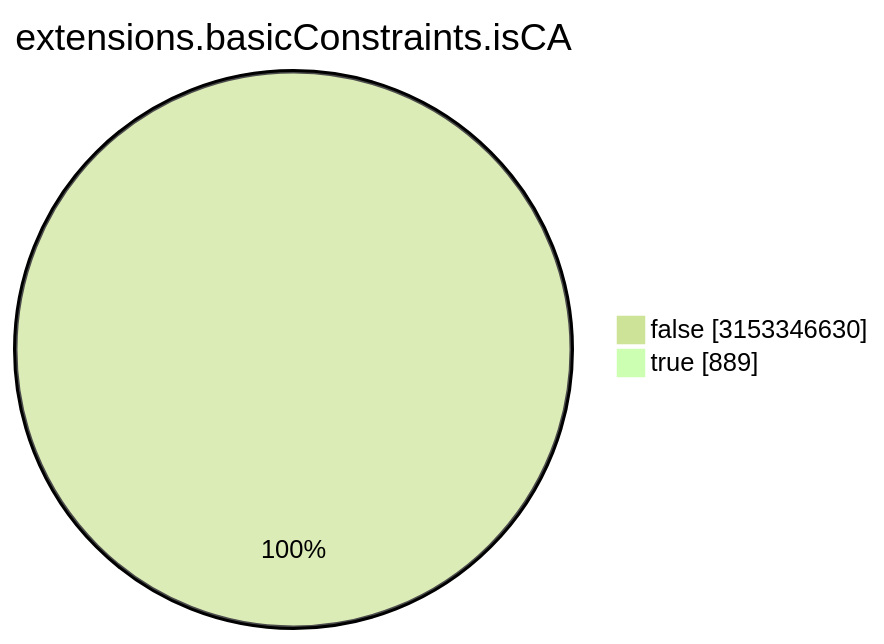
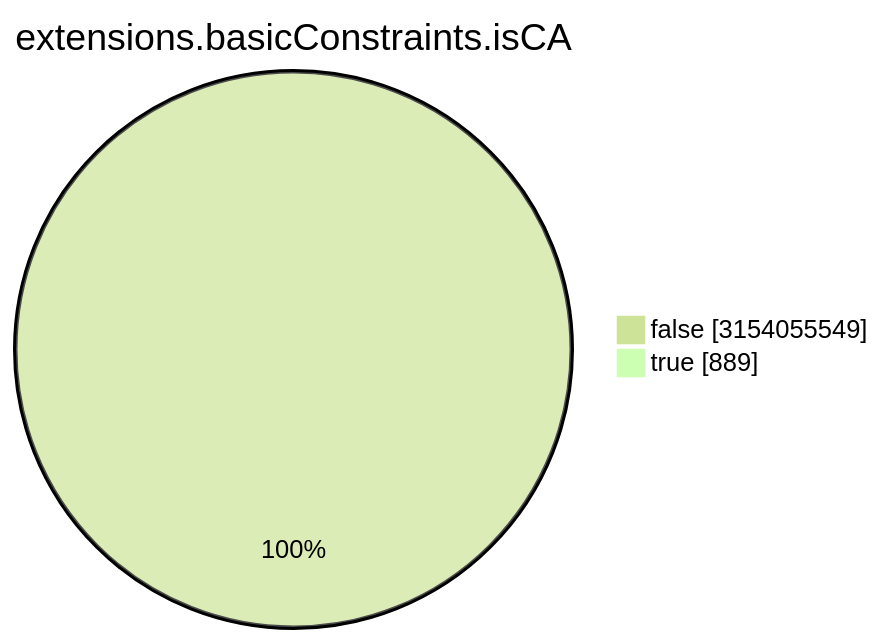
Before and after one commit to christiankrug/ctmonitor_visualization: the seventh of 15 diagrams in TOTAL/README.md, drawn with Mermaid (forest theme). The commit also changed other lines of this file, not shown here.

````diff
--- a/TOTAL/README.md
+++ b/TOTAL/README.md
@@ -3088,6 +3088,6 @@
 ```mermaid
 pie showData
 title extensions.basicConstraints.isCA
-"false" :3153346630
+"false" :3154055549
 "true" :889
 ```
````
